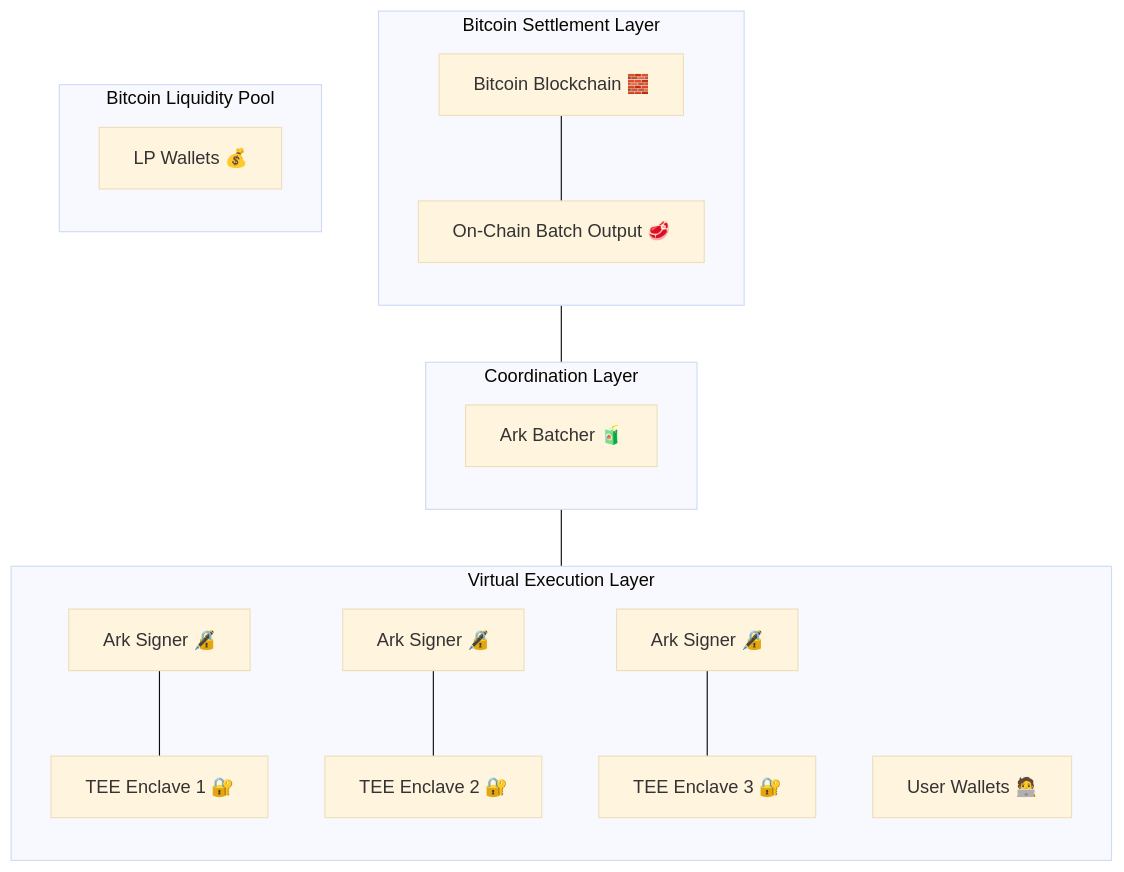
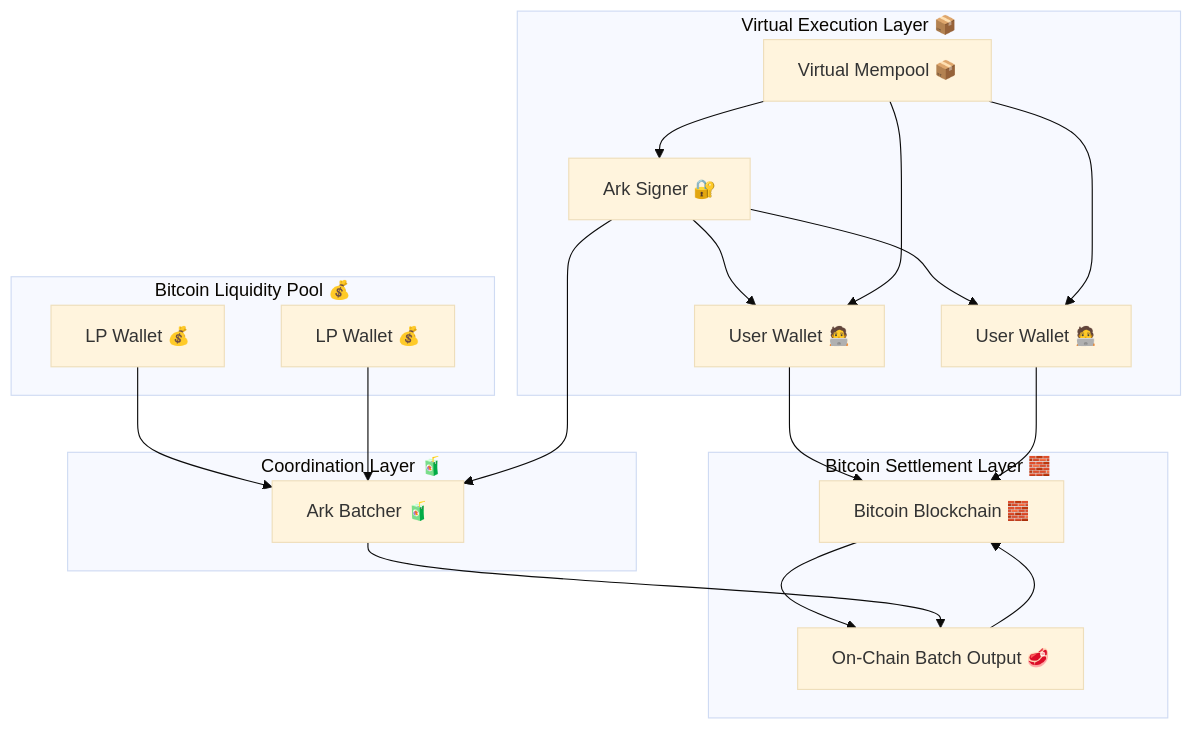
One commit to louisinger/mintlify-docs changed the diagram in learn/architecture.mdx. Above: the diagram before and after it, drawn with Mermaid (base theme). The commit also changed other lines of this file and 2 other files, not shown here.

Commit message:
add bonds and tee to architecture

````diff
--- a/learn/architecture.mdx
+++ b/learn/architecture.mdx
@@ -20,38 +47,38 @@
 ```mermaid
-flowchart TB
-  subgraph Bitcoin_Settlement_Layer["Bitcoin Settlement Layer"]
-    direction TB
+flowchart TD
+  subgraph Bitcoin_Settlement_Layer["Bitcoin Settlement Layer 🧱"]
     BB[Bitcoin Blockchain 🧱]
     BO[On-Chain Batch Output 🥩]
-    BB --- BO
+    BB --> BO
   end
-  
-  subgraph Coordination_Layer["Coordination Layer"]
-    direction TB
+
+  subgraph Liquidity_Pool["Bitcoin Liquidity Pool 💰"]
+    LP1[LP Wallet 💰]
+    LP2[LP Wallet 💰]
+  end
+
+  subgraph Coordination_Layer["Coordination Layer 🧃"]
     AB[Ark Batcher 🧃]
   end
-  
-  subgraph Virtual_Execution_Layer["Virtual Execution Layer"]
-    direction TB
-    AS1[Ark Signer 🔏]
-    TEE1[TEE Enclave 1 🔐]
-    AS1 --- TEE1
-    
-    AS2[Ark Signer 🔏]
-    TEE2[TEE Enclave 2 🔐]
-    AS2 --- TEE2
-    
-    AS3[Ark Signer 🔏]
-    TEE3[TEE Enclave 3 🔐]
-    AS3 --- TEE3
-    
-    UW[User Wallets 🧑‍💻]
+
+  subgraph Virtual_Execution_Layer["Virtual Execution Layer 📦"]
+    VM[Virtual Mempool 📦]
+    TEE1[Ark Signer 🔐]
+    UW1[User Wallet 🧑‍💻]
+    UW2[User Wallet 🧑‍💻]
+
+    VM --> TEE1
+    TEE1 --> UW1
+    TEE1 --> UW2
+    VM --> UW1
+    VM --> UW2
   end
-  
-  subgraph Liquidity_Pool["Bitcoin Liquidity Pool"]
-    direction TB
-    LP[LP Wallets 💰]
-  end
-  
-  Bitcoin_Settlement_Layer --- Coordination_Layer --- Virtual_Execution_Layer
+
+  LP1 --> AB
+  LP2 --> AB
+  AB --> BO
+  TEE1 --> AB
+  BO --> BB
+  UW1 --> BB
+  UW2 --> BB
 ```
````
